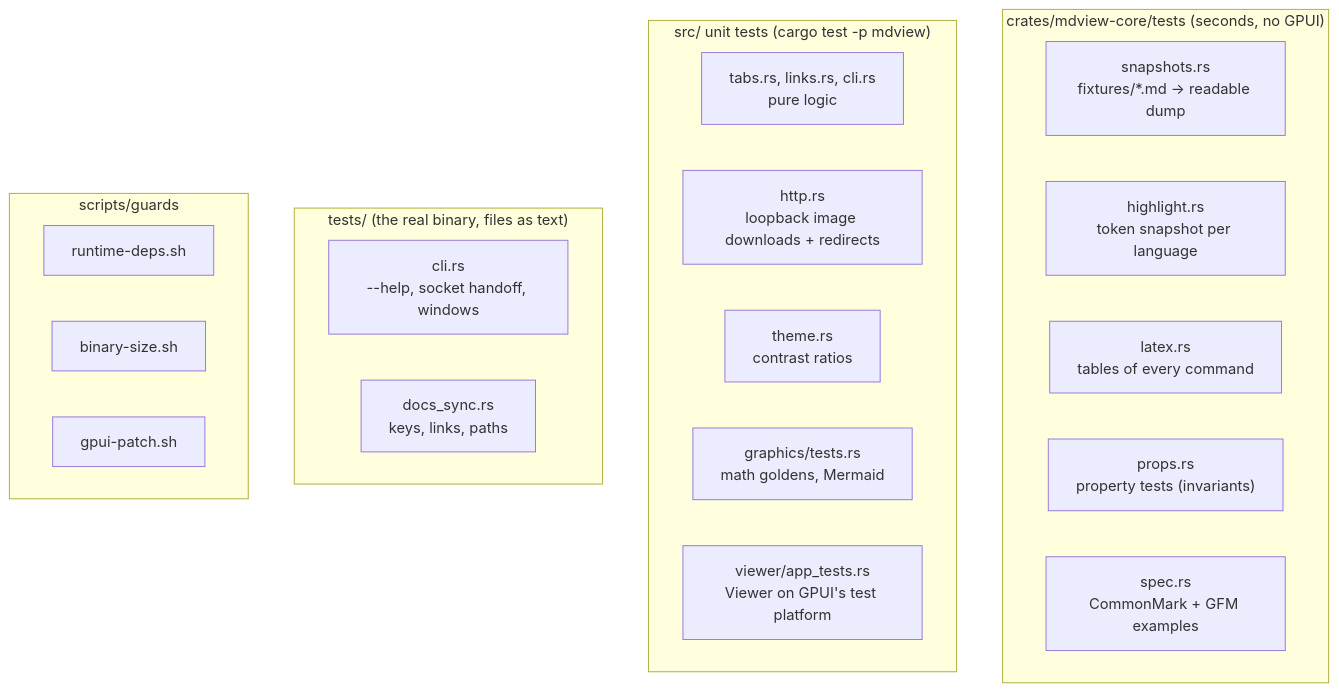
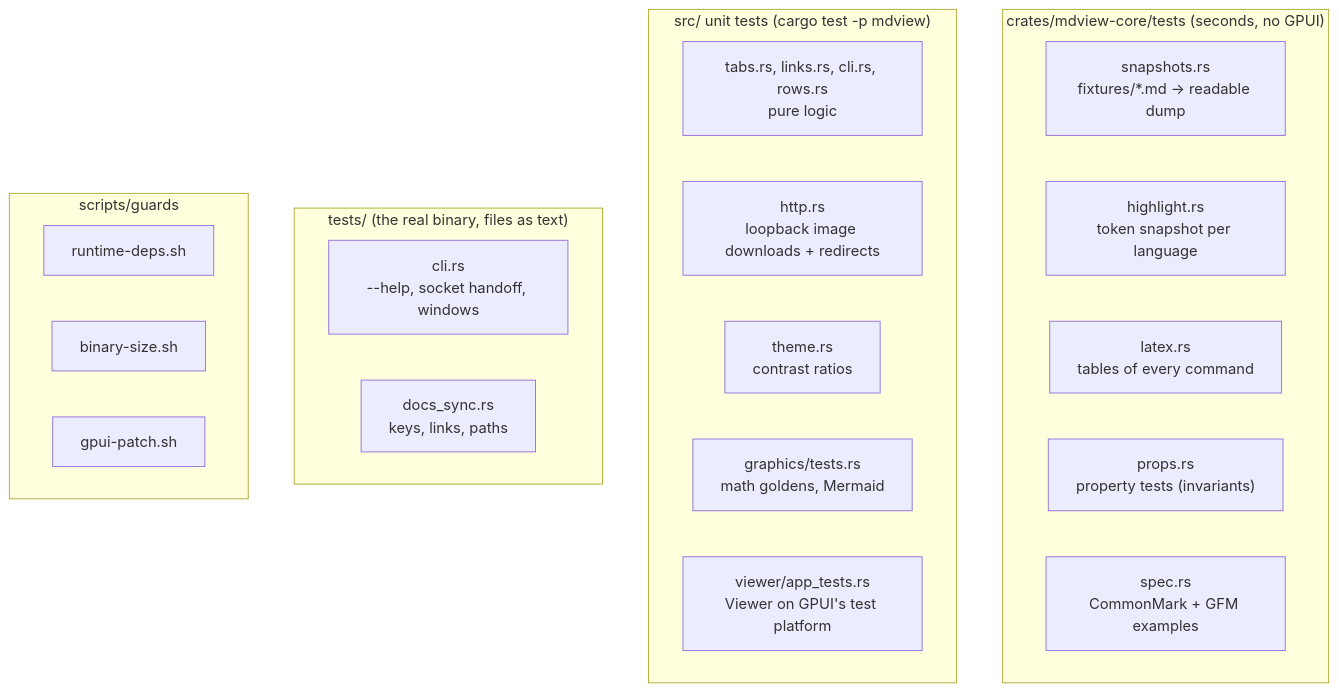
One commit to JorgeAgar/markdown-viewer-zed changed the diagram in docs/testing.md. Above: the diagram before and after it, drawn with Mermaid. The commit also changed other lines of this file and 10 other files, not shown here.

````diff
--- a/docs/testing.md
+++ b/docs/testing.md
@@ -25,26 +25,26 @@
 ```mermaid
 flowchart TD
     subgraph core["crates/mdview-core/tests (seconds, no GPUI)"]
         snap["snapshots.rs<br/>fixtures/*.md → readable dump"]
         hl["highlight.rs<br/>token snapshot per language"]
         tex["latex.rs<br/>tables of every command"]
         props["props.rs<br/>property tests (invariants)"]
         spec["spec.rs<br/>CommonMark + GFM examples"]
     end
     subgraph app["src/ unit tests (cargo test -p mdview)"]
-        pure["tabs.rs, links.rs, cli.rs<br/>pure logic"]
+        pure["tabs.rs, links.rs, cli.rs, rows.rs<br/>pure logic"]
         http["http.rs<br/>loopback image downloads + redirects"]
         theme["theme.rs<br/>contrast ratios"]
         gfx["graphics/tests.rs<br/>math goldens, Mermaid"]
         viewer["viewer/app_tests.rs<br/>Viewer on GPUI's test platform"]
     end
     subgraph e2e["tests/ (the real binary, files as text)"]
         cli["cli.rs<br/>--help, socket handoff, windows"]
         docs["docs_sync.rs<br/>keys, links, paths"]
     end
     subgraph guards["scripts/guards"]
         deps["runtime-deps.sh"]
         size["binary-size.sh"]
         patch["gpui-patch.sh"]
     end
 ```
````
